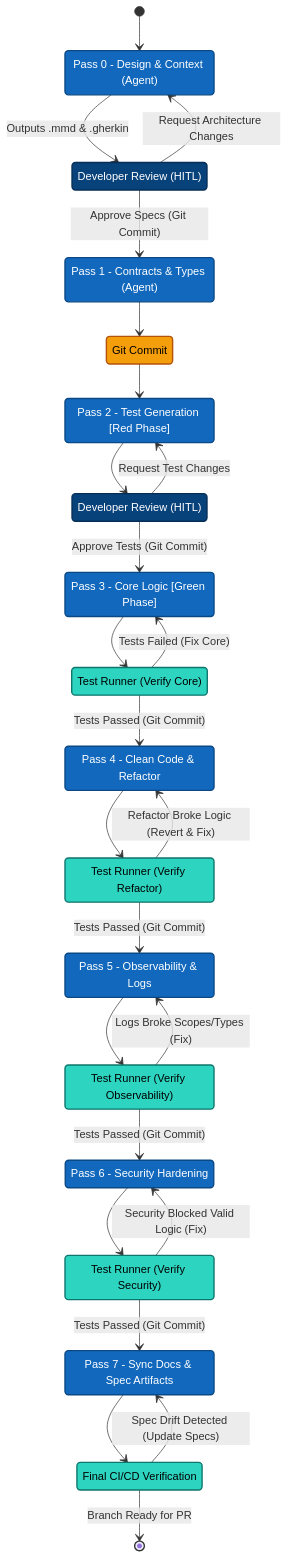
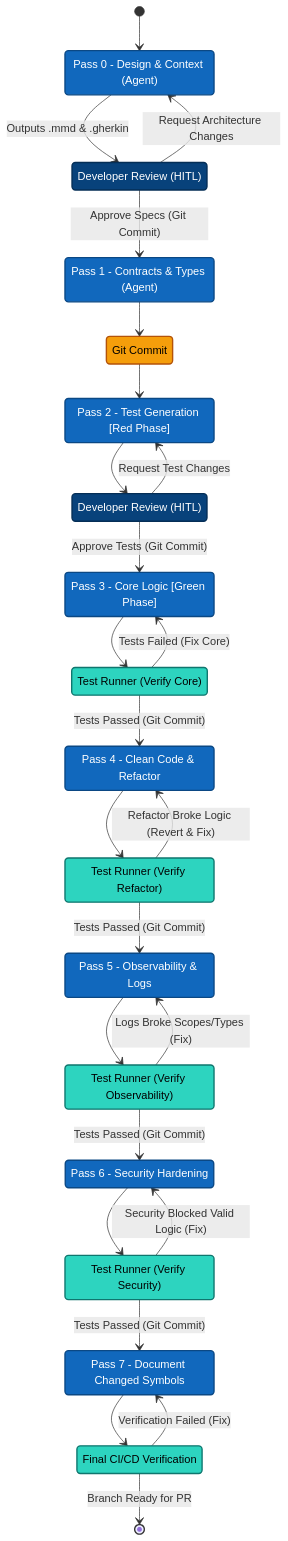
Before and after one commit to Nistapp/agentic-tdd: the diagram in docs/architecture/user-overview/03-8-pass-pipeline.md, drawn with Mermaid. The commit also changed other lines of this file and 15 other files, not shown here.

First line of the commit message:
feat(agents): scope pass-7 documentation to changed symbols

````diff
--- a/docs/architecture/user-overview/03-8-pass-pipeline.md
+++ b/docs/architecture/user-overview/03-8-pass-pipeline.md
@@ -71,7 +71,7 @@
     Gate_6 : Test Runner (Verify Security)
     class Gate_6 testGate
 
-    Pass_7 : Pass 7 - Sync Docs & Spec Artifacts
+    Pass_7 : Pass 7 - Document Changed Symbols
     class Pass_7 agent
 
     Gate_7 : Final CI/CD Verification
@@ -105,6 +105,6 @@
     Gate_6 --> Pass_7 : Tests Passed (Git Commit)
 
     Pass_7 --> Gate_7
-    Gate_7 --> Pass_7 : Spec Drift Detected (Update Specs)
+    Gate_7 --> Pass_7 : Verification Failed (Fix)
     Gate_7 --> [*] : Branch Ready for PR
 ```
````
